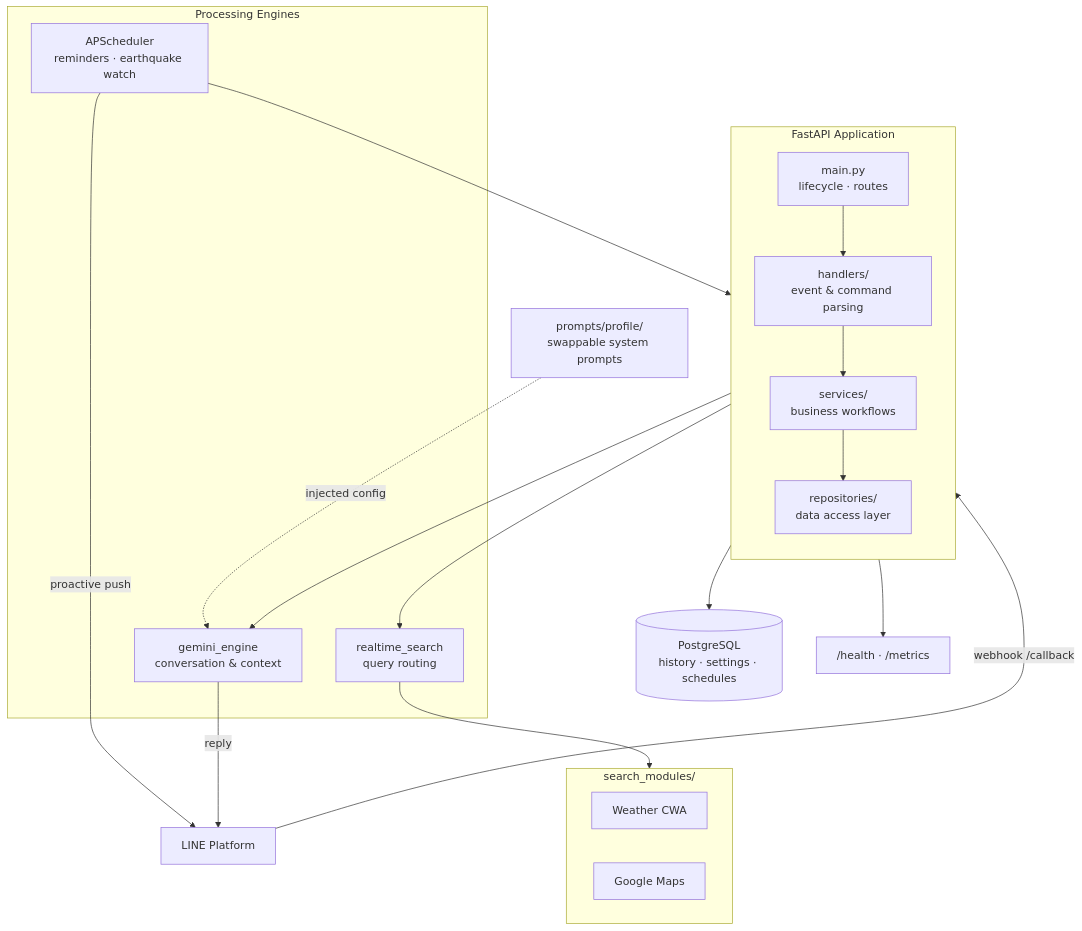
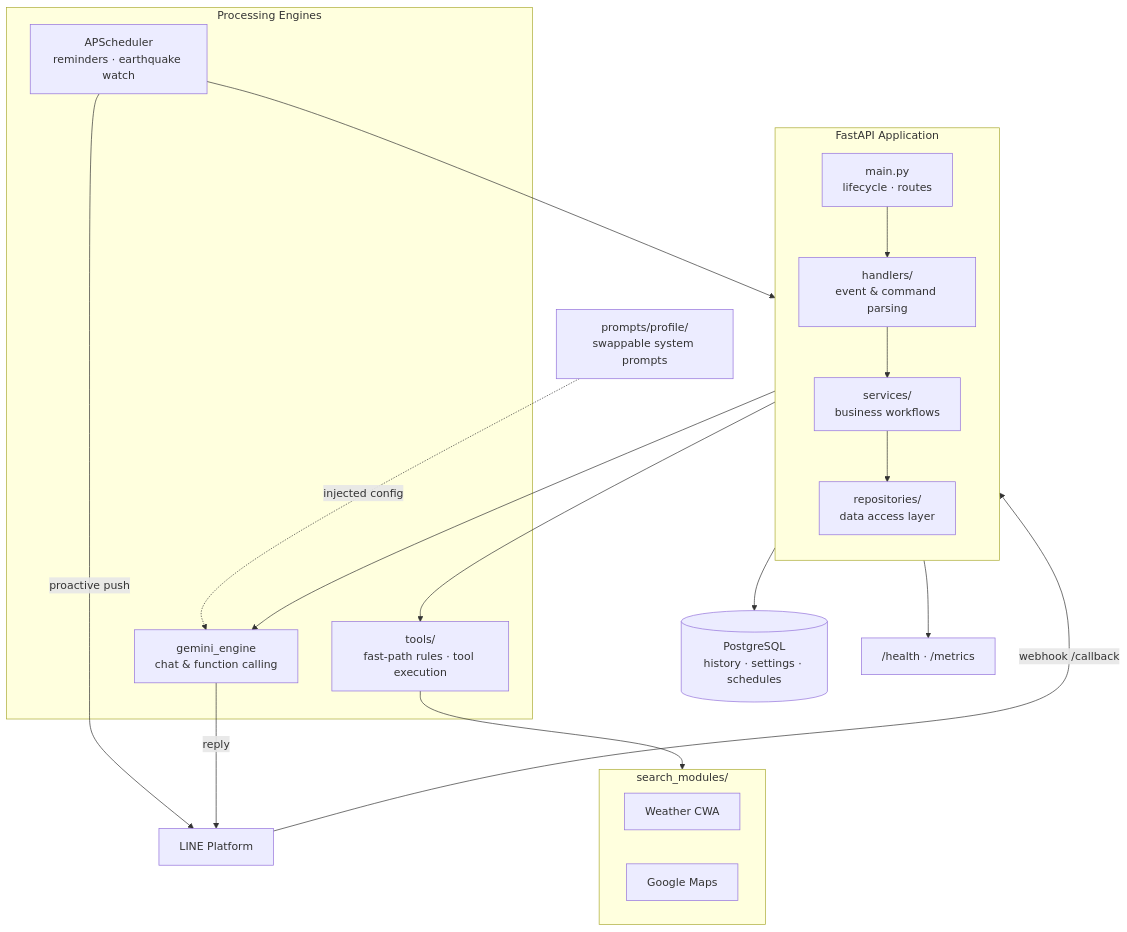
One commit to IMGMANISME/g-bot changed the diagram in README.md. Above: the diagram before and after it, drawn with Mermaid. The commit also changed other lines of this file and 18 other files, not shown here.

First line of the commit message:
接上 Gemma Function Calling，讓自然說法也能查天氣、設提醒、找餐廳

````diff
--- a/README.md
+++ b/README.md
@@ -23,41 +23,41 @@
 ```mermaid
 flowchart TB
     LINE["LINE Platform"]
  
     subgraph APP["FastAPI Application"]
         direction TB
         MAIN["main.py<br/>lifecycle · routes"]
         HANDLERS["handlers/<br/>event & command parsing"]
         SERVICES["services/<br/>business workflows"]
         REPOS["repositories/<br/>data access layer"]
     end
  
     subgraph ENGINES["Processing Engines"]
-        GEMINI["gemini_engine<br/>conversation & context"]
-        SEARCH["realtime_search<br/>query routing"]
+        GEMINI["gemini_engine<br/>chat & function calling"]
+        SEARCH["tools/<br/>fast-path rules · tool execution"]
         SCHED["APScheduler<br/>reminders · earthquake watch"]
     end
  
     subgraph MODULES["search_modules/"]
         WEATHER["Weather CWA"]
         MAPS["Google Maps"]
     end
  
     PROMPTS["prompts/profile/<br/>swappable system prompts"]
     DB[("PostgreSQL<br/>history · settings · schedules")]
     OPS["/health · /metrics"]
  
     LINE -->|"webhook /callback"| MAIN
     MAIN --> HANDLERS
     HANDLERS --> SERVICES
     SERVICES --> GEMINI
     SERVICES --> SEARCH
     SERVICES --> REPOS
     SEARCH --> MODULES
     PROMPTS -.injected config.-> GEMINI
     SCHED --> SERVICES
     REPOS --> DB
     SCHED -->|"proactive push"| LINE
     MAIN --> OPS
     GEMINI -->|"reply"| LINE
 ```
````
